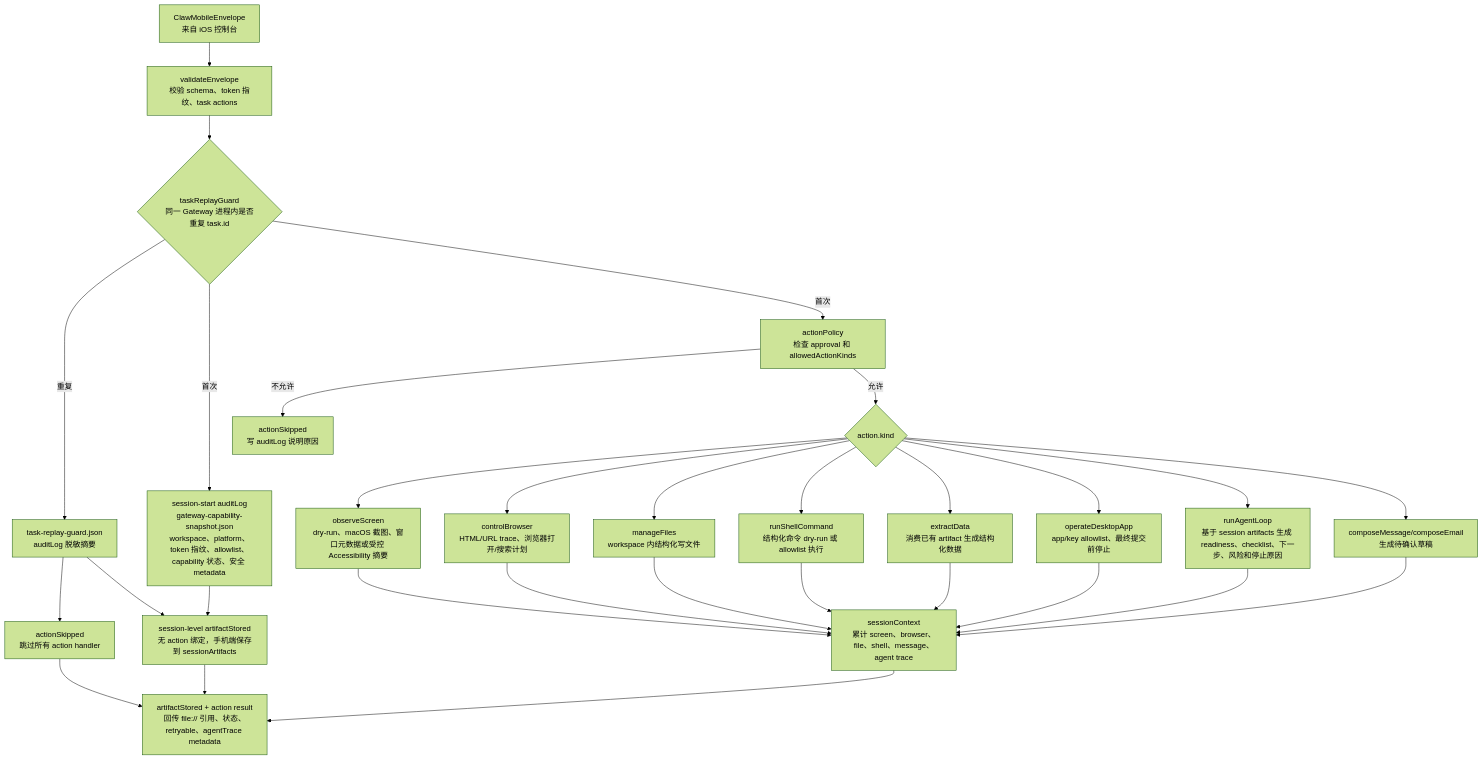
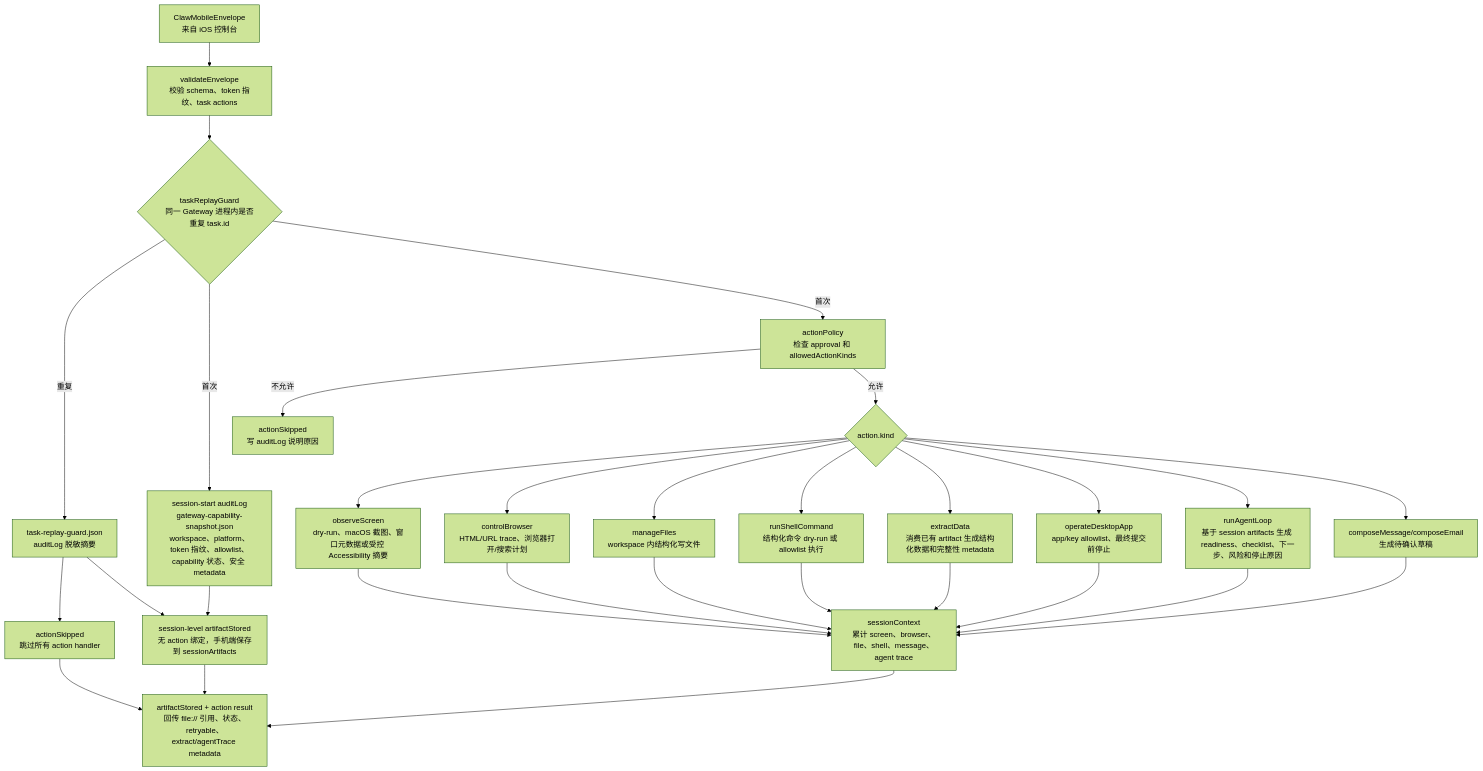
One commit to Altman-sam114/115 changed the second of 3 diagrams in md/flow/flowchart.md. Above: the diagram before and after it, drawn with Mermaid (forest theme). The commit also changed other lines of this file and 13 other files, not shown here.

````diff
--- a/md/flow/flowchart.md
+++ b/md/flow/flowchart.md
@@ -66,32 +68,32 @@
 ```mermaid
 flowchart TD
   ENV["ClawMobileEnvelope<br/>来自 iOS 控制台"] --> VAL["validateEnvelope<br/>校验 schema、token 指纹、task actions"]
   VAL --> REPLAY{"taskReplayGuard<br/>同一 Gateway 进程内是否重复 task.id"}
   REPLAY -->|"重复"| RG["task-replay-guard.json<br/>auditLog 脱敏摘要"]
   RG --> RGS["actionSkipped<br/>跳过所有 action handler"]
   RG --> SOUT
   RGS --> OUT
   REPLAY -->|"首次"| SNAP["session-start auditLog<br/>gateway-capability-snapshot.json<br/>workspace、platform、token 指纹、allowlist、capability 状态、安全 metadata"]
   REPLAY -->|"首次"| POL["actionPolicy<br/>检查 approval 和 allowedActionKinds"]
   POL -->|不允许| SKIP["actionSkipped<br/>写 auditLog 说明原因"]
   POL -->|允许| KIND{"action.kind"}
   KIND --> OBS["observeScreen<br/>dry-run、macOS 截图、窗口元数据或受控 Accessibility 摘要"]
   KIND --> BRO["controlBrowser<br/>HTML/URL trace、浏览器打开/搜索计划"]
   KIND --> FILE["manageFiles<br/>workspace 内结构化写文件"]
   KIND --> SH["runShellCommand<br/>结构化命令 dry-run 或 allowlist 执行"]
-  KIND --> EXT["extractData<br/>消费已有 artifact 生成结构化数据"]
+  KIND --> EXT["extractData<br/>消费已有 artifact 生成结构化数据和完整性 metadata"]
   KIND --> APP["operateDesktopApp<br/>app/key allowlist、最终提交前停止"]
   KIND --> AG["runAgentLoop<br/>基于 session artifacts 生成 readiness、checklist、下一步、风险和停止原因"]
   KIND --> MSG["composeMessage/composeEmail<br/>生成待确认草稿"]
   OBS --> CTX["sessionContext<br/>累计 screen、browser、file、shell、message、agent trace"]
   BRO --> CTX
   FILE --> CTX
   SH --> CTX
   EXT --> CTX
   APP --> CTX
   AG --> CTX
   MSG --> CTX
   SNAP --> SOUT["session-level artifactStored<br/>无 action 绑定，手机端保存到 sessionArtifacts"]
-  CTX --> OUT["artifactStored + action result<br/>回传 file:// 引用、状态、retryable、agentTrace metadata"]
+  CTX --> OUT["artifactStored + action result<br/>回传 file:// 引用、状态、retryable、extract/agentTrace metadata"]
   SOUT --> OUT
 ```
````
